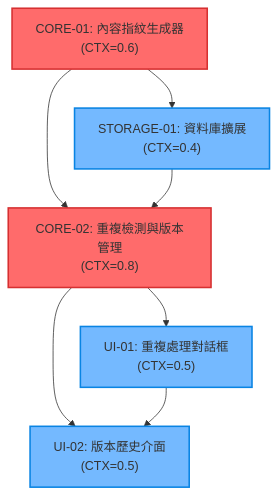
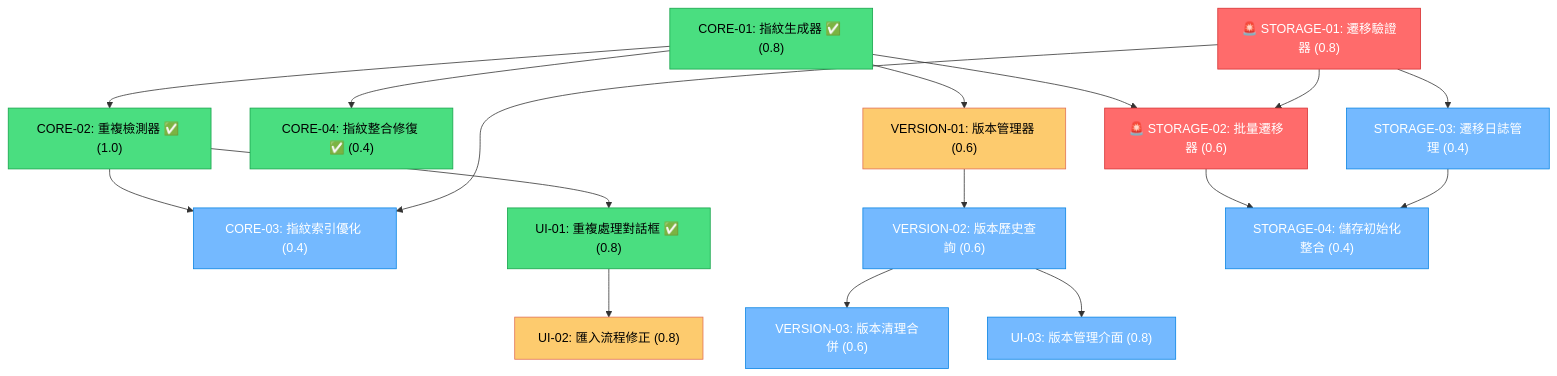
One commit to iim0663418/DB-Card changed the diagram in docs/tasks.md. Above: the diagram before and after it, drawn with Mermaid. The commit also changed other lines of this file and 25 other files, not shown here.

````diff
--- a/docs/tasks.md
+++ b/docs/tasks.md
@@ -68,15 +94,33 @@
 ```mermaid
 graph TD
-    CORE01["CORE-01: 內容指紋生成器<br/>(CTX=0.6)"] --> STORAGE01["STORAGE-01: 資料庫擴展<br/>(CTX=0.4)"]
-    CORE01 --> CORE02["CORE-02: 重複檢測與版本管理<br/>(CTX=0.8)"]
-    STORAGE01 --> CORE02
-    CORE02 --> UI01["UI-01: 重複處理對話框<br/>(CTX=0.5)"]
-    CORE02 --> UI02["UI-02: 版本歷史介面<br/>(CTX=0.5)"]
-    UI01 --> UI02
+    CORE-01["CORE-01: 指紋生成器 ✅ (0.8)"] --> CORE-02["CORE-02: 重複檢測器 ✅ (1.0)"]
+    CORE-01 --> CORE-04["CORE-04: 指紋整合修復 ✅ (0.4)"]
+    CORE-01 --> VERSION-01["VERSION-01: 版本管理器 (0.6)"]
+    CORE-01 --> STORAGE-02["🚨 STORAGE-02: 批量遷移器 (0.6)"]
     
-    classDef critical fill:#ff6b6b,stroke:#d63031,stroke-width:2px
-    classDef normal fill:#74b9ff,stroke:#0984e3,stroke-width:2px
+    CORE-02 --> CORE-03["CORE-03: 指紋索引優化 (0.4)"]
+    CORE-02 --> UI-01["UI-01: 重複處理對話框 ✅ (0.8)"]
     
-    class CORE01,CORE02 critical
-    class STORAGE01,UI01,UI02 normal
+    VERSION-01 --> VERSION-02["VERSION-02: 版本歷史查詢 (0.6)"]
+    VERSION-02 --> VERSION-03["VERSION-03: 版本清理合併 (0.6)"]
+    VERSION-02 --> UI-03["UI-03: 版本管理介面 (0.8)"]
+    
+    UI-01 --> UI-02["UI-02: 匯入流程修正 (0.8)"]
+    
+    STORAGE-01["🚨 STORAGE-01: 遷移驗證器 (0.8)"] --> CORE-03
+    STORAGE-01 --> STORAGE-02
+    STORAGE-01 --> STORAGE-03["STORAGE-03: 遷移日誌管理 (0.4)"]
+    
+    STORAGE-02 --> STORAGE-04["STORAGE-04: 儲存初始化整合 (0.4)"]
+    STORAGE-03 --> STORAGE-04
+    
+    classDef critical fill:#ff6b6b,stroke:#d63031,color:#fff
+    classDef completed fill:#4ade80,stroke:#16a34a,color:#000
+    classDef high fill:#fdcb6e,stroke:#e17055,color:#000
+    classDef medium fill:#74b9ff,stroke:#0984e3,color:#fff
+    
+    class STORAGE-01,STORAGE-02 critical
+    class CORE-01,CORE-02,CORE-04,UI-01 completed
+    class VERSION-01,UI-02 high
+    class CORE-03,VERSION-02,VERSION-03,UI-03,STORAGE-03,STORAGE-04 medium
 ```
````
